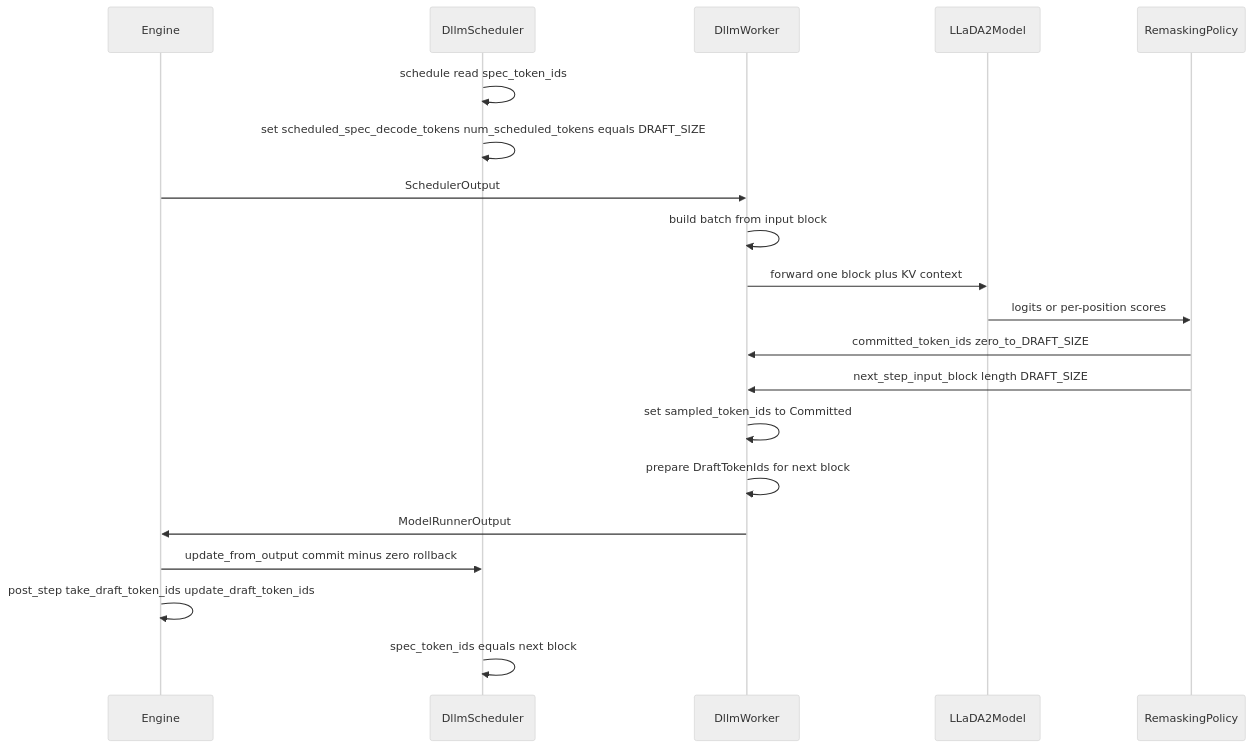
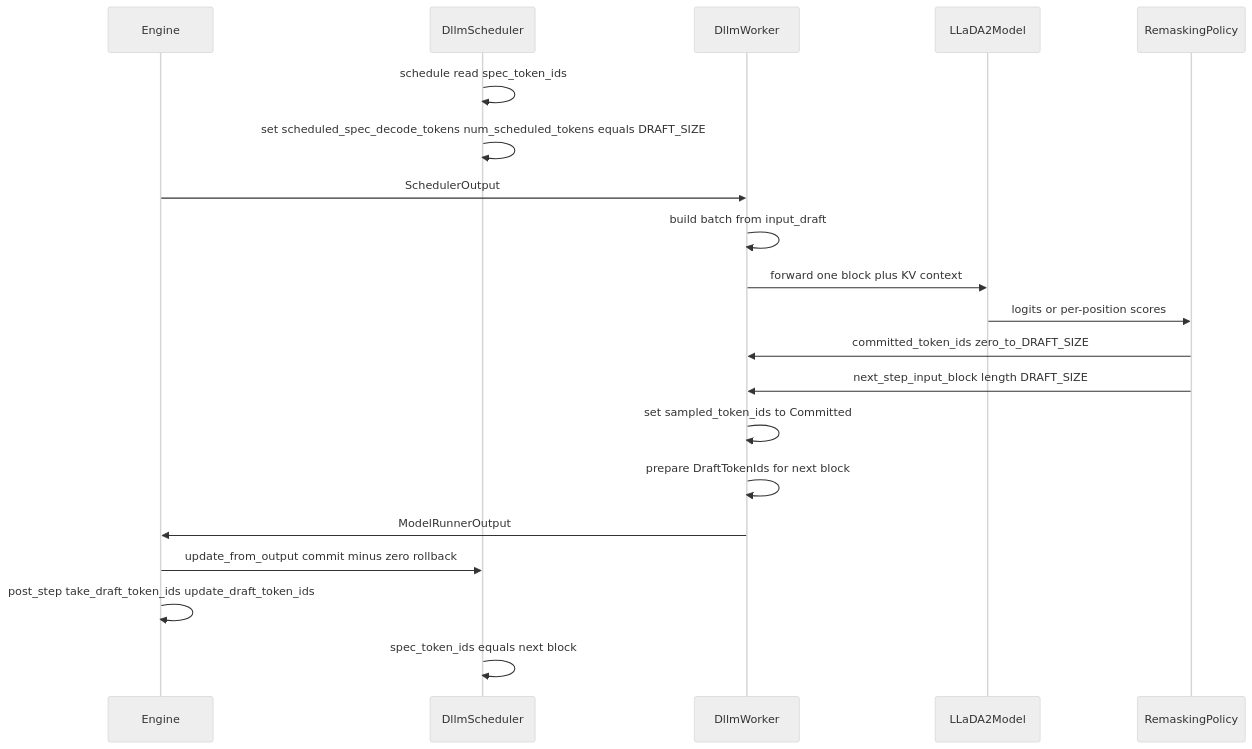
Before and after one commit to vllm-project/dllm-plugin: the third of 4 diagrams in docs/DESIGN_MVP.md, drawn with Mermaid (neutral theme). The commit also changed other lines of this file and 9 other files, not shown here.

````diff
--- a/docs/DESIGN_MVP.md
+++ b/docs/DESIGN_MVP.md
@@ -121,23 +121,23 @@
 ```mermaid
 sequenceDiagram
   participant Engine
   participant DllmSched as DllmScheduler
   participant DllmWork as DllmWorker
   participant Model as LLaDA2Model
   participant Remask as RemaskingPolicy
 
   DllmSched->>DllmSched: schedule read spec_token_ids
   DllmSched->>DllmSched: set scheduled_spec_decode_tokens num_scheduled_tokens equals DRAFT_SIZE
   Engine->>DllmWork: SchedulerOutput
-  DllmWork->>DllmWork: build batch from input block
+  DllmWork->>DllmWork: build batch from input_draft
   DllmWork->>Model: forward one block plus KV context
   Model->>Remask: logits or per-position scores
   Remask->>DllmWork: committed_token_ids zero_to_DRAFT_SIZE
   Remask->>DllmWork: next_step_input_block length DRAFT_SIZE
   DllmWork->>DllmWork: set sampled_token_ids to Committed
   DllmWork->>DllmWork: prepare DraftTokenIds for next block
   DllmWork->>Engine: ModelRunnerOutput
   Engine->>DllmSched: update_from_output commit minus zero rollback
   Engine->>Engine: post_step take_draft_token_ids update_draft_token_ids
   DllmSched->>DllmSched: spec_token_ids equals next block
 ```
````
